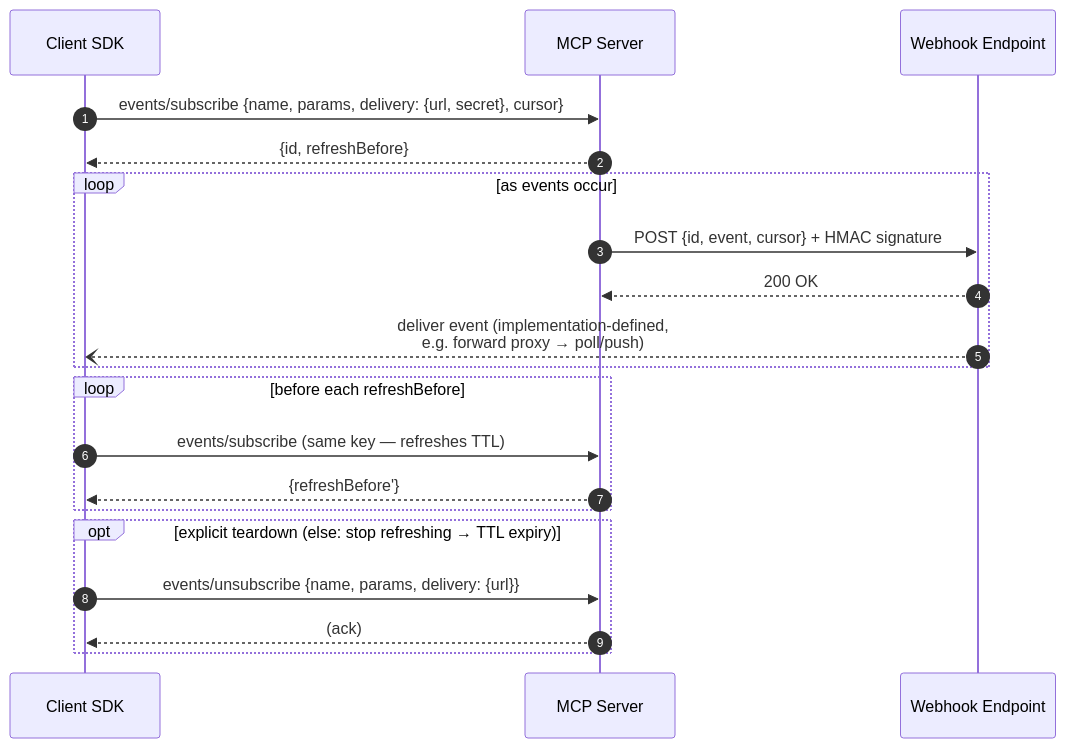
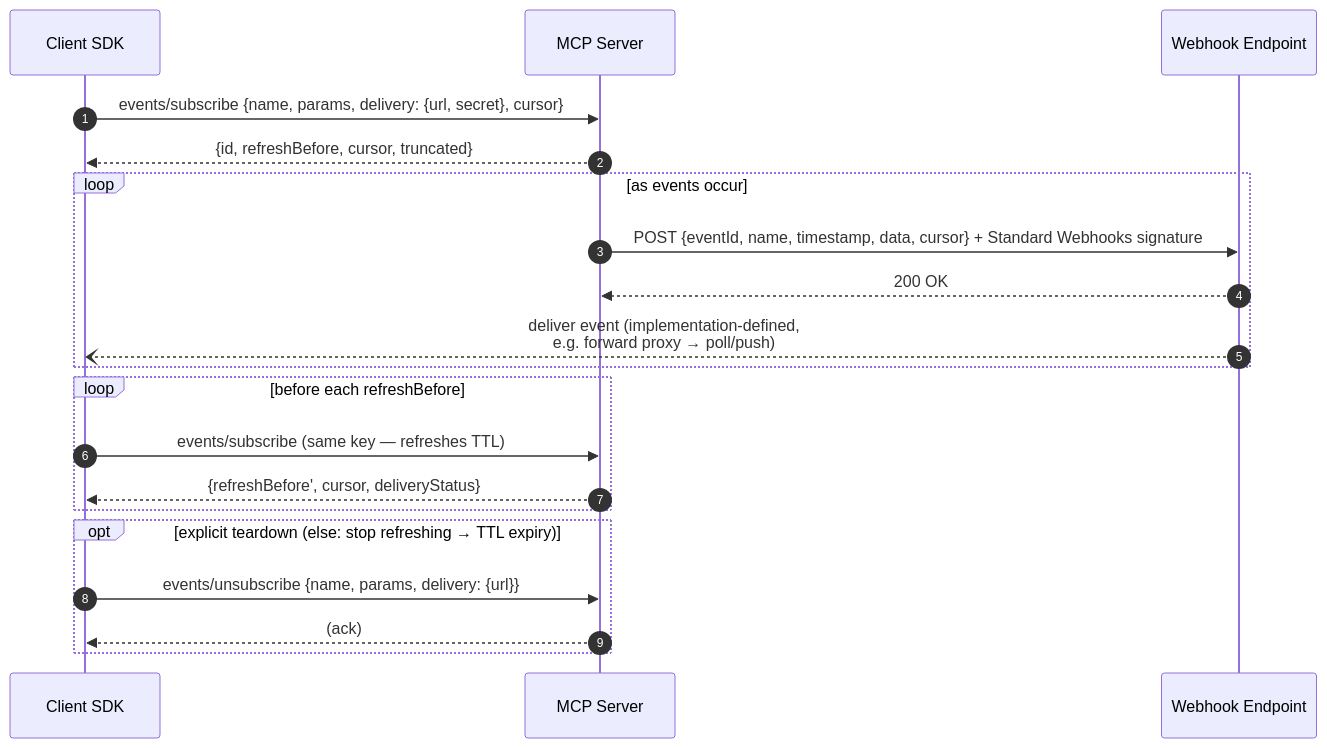
Before and after one commit to modelcontextprotocol/experimental-ext-triggers-events: the third of 4 diagrams in docs/design-sketch-proposal.md, drawn with Mermaid. The commit also changed other lines of this file, not shown here.

````diff
--- a/docs/design-sketch-proposal.md
+++ b/docs/design-sketch-proposal.md
@@ -294,23 +289,23 @@
 ```mermaid
 sequenceDiagram
     autonumber
     participant SDK as Client SDK
     participant Server as MCP Server
     participant Hook as Webhook Endpoint
 
     SDK->>Server: events/subscribe {name, params, delivery: {url, secret}, cursor}
-    Server-->>SDK: {id, refreshBefore}
+    Server-->>SDK: {id, refreshBefore, cursor, truncated}
     loop as events occur
-        Server->>Hook: POST {id, event, cursor} + HMAC signature
+        Server->>Hook: POST {eventId, name, timestamp, data, cursor} + Standard Webhooks signature
         Hook-->>Server: 200 OK
         Hook--)SDK: deliver event (implementation-defined,<br/>e.g. forward proxy → poll/push)
     end
     loop before each refreshBefore
         SDK->>Server: events/subscribe (same key — refreshes TTL)
-        Server-->>SDK: {refreshBefore'}
+        Server-->>SDK: {refreshBefore', cursor, deliveryStatus}
     end
     opt explicit teardown (else: stop refreshing → TTL expiry)
         SDK->>Server: events/unsubscribe {name, params, delivery: {url}}
         Server-->>SDK: (ack)
     end
 ```
````
